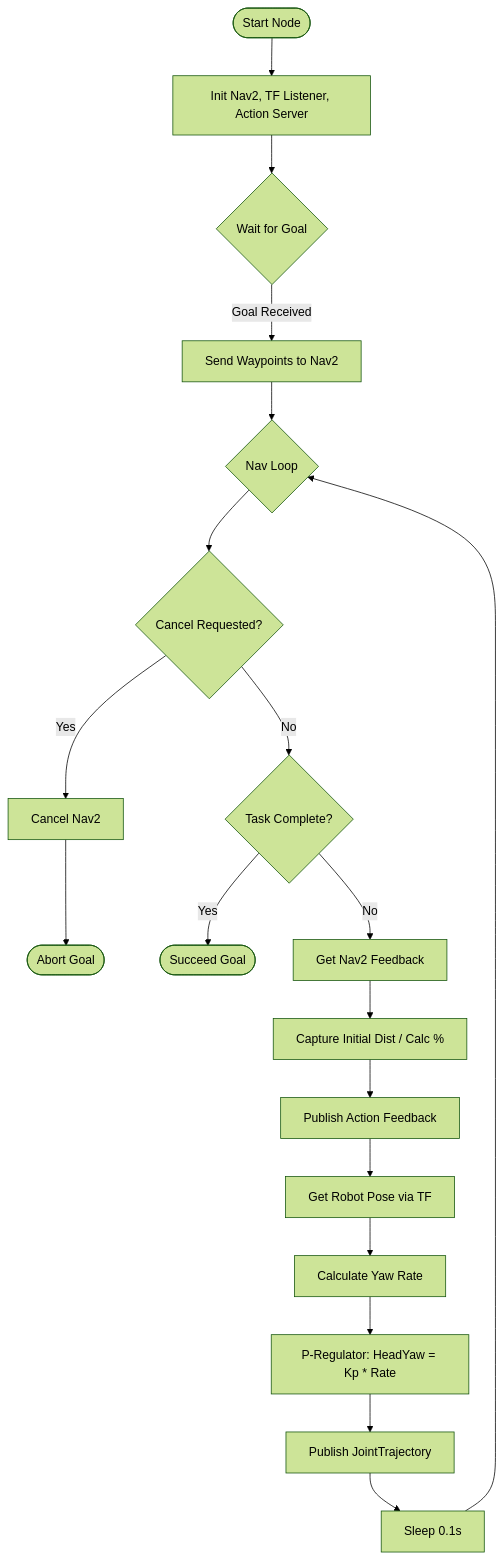
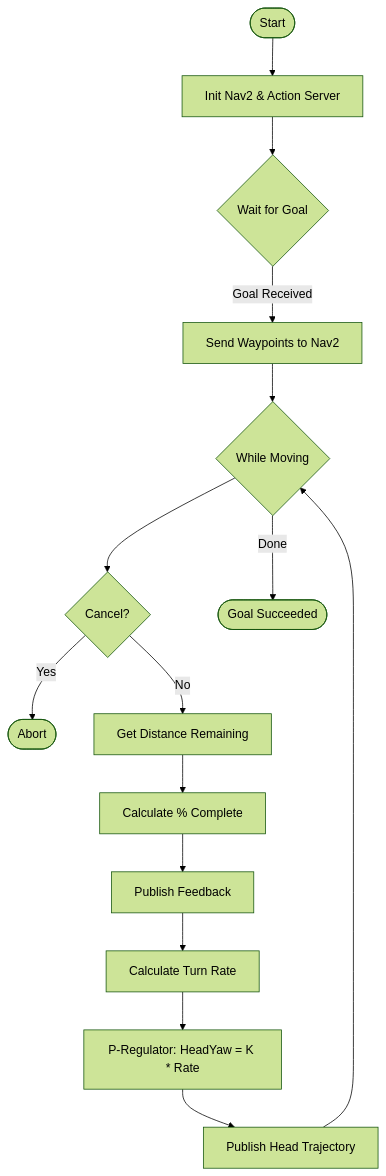
The diagram in src/lab1_pkg/report_resources.md (Kubasz091/STERO_25Z), drawn with Mermaid (forest theme) before and after one commit. The commit also changed other lines of this file and 2 other files, not shown here.

````diff
--- a/src/lab1_pkg/report_resources.md
+++ b/src/lab1_pkg/report_resources.md
@@ -74,26 +24,21 @@
 ```mermaid
 flowchart TD
-    Start([Start Node]) --> Init[Init Nav2, TF Listener, Action Server]
-    Init --> Idle{Wait for Goal}
+    Start([Start]) --> Init[Init Nav2 & Action Server]
+    Init --> Wait{Wait for Goal}
+    Wait -->|Goal Received| Plan[Send Waypoints to Nav2]
+    Plan --> Loop{While Moving}
     
-    Idle -->|Goal Received| GetPath[Send Waypoints to Nav2]
-    GetPath --> Loop{Nav Loop}
+    Loop --> CheckCancel{Cancel?}
+    CheckCancel -->|Yes| Abort([Abort])
     
-    Loop --> CheckCancel{Cancel Requested?}
-    CheckCancel -->|Yes| Cancel[Cancel Nav2] --> Abort([Abort Goal])
+    CheckCancel -->|No| Feedback[Get Distance Remaining]
+    Feedback --> CalcPerc[Calculate % Complete]
+    CalcPerc --> PubFeed[Publish Feedback]
     
-    CheckCancel -->|No| CheckDone{Task Complete?}
-    CheckDone -->|Yes| Success([Succeed Goal])
+    PubFeed --> HeadCtrl[Calculate Turn Rate]
+    HeadCtrl --> PReg[P-Regulator: HeadYaw = K * Rate]
+    PReg --> PubTrack[Publish Head Trajectory]
     
-    CheckDone -->|No| Feedback[Get Nav2 Feedback]
-    Feedback --> CalcDist[Capture Initial Dist / Calc %]
-    CalcDist --> PubFeed[Publish Action Feedback]
-    
-    PubFeed --> TF[Get Robot Pose via TF]
-    TF --> CalcYaw[Calculate Yaw Rate]
-    CalcYaw --> PControl[P-Regulator: HeadYaw = Kp * Rate]
-    PControl --> PubHead[Publish JointTrajectory]
-    
-    PubHead --> Wait[Sleep 0.1s]
-    Wait --> Loop
+    PubTrack --> Loop
+    Loop -->|Done| End([Goal Succeeded])
 ```
````
